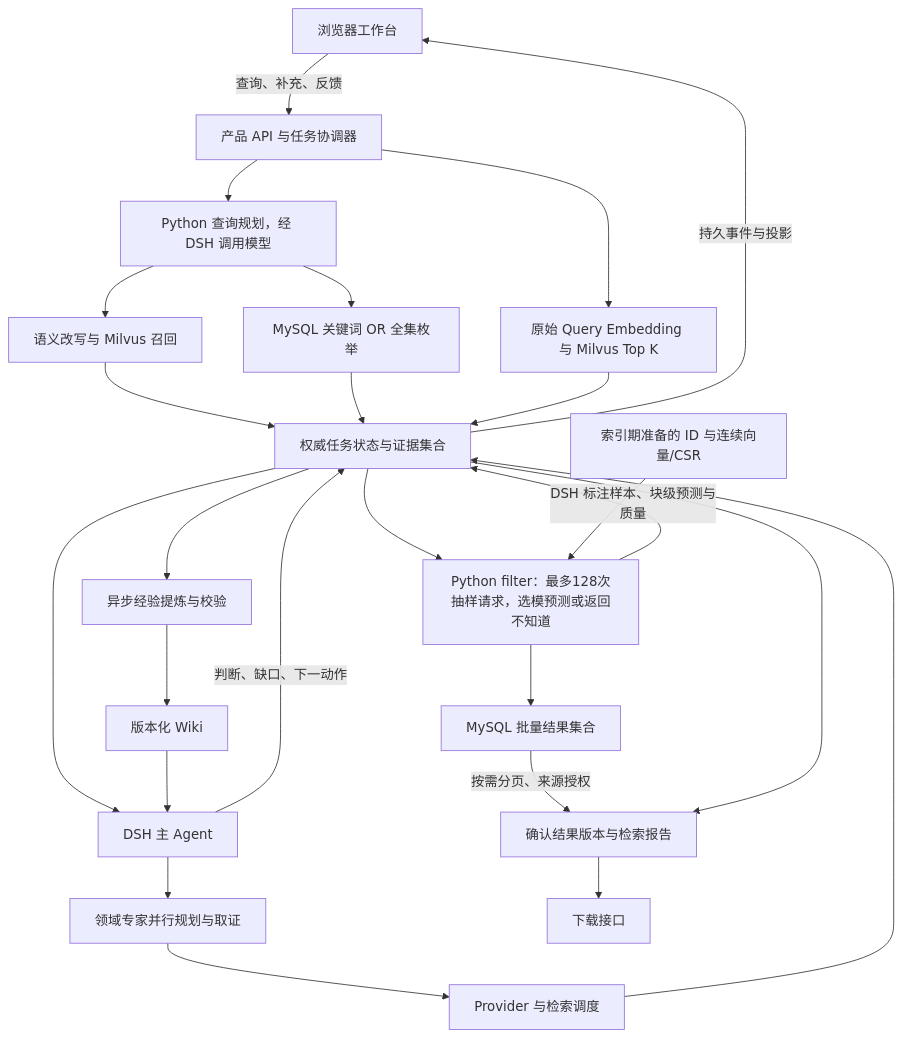
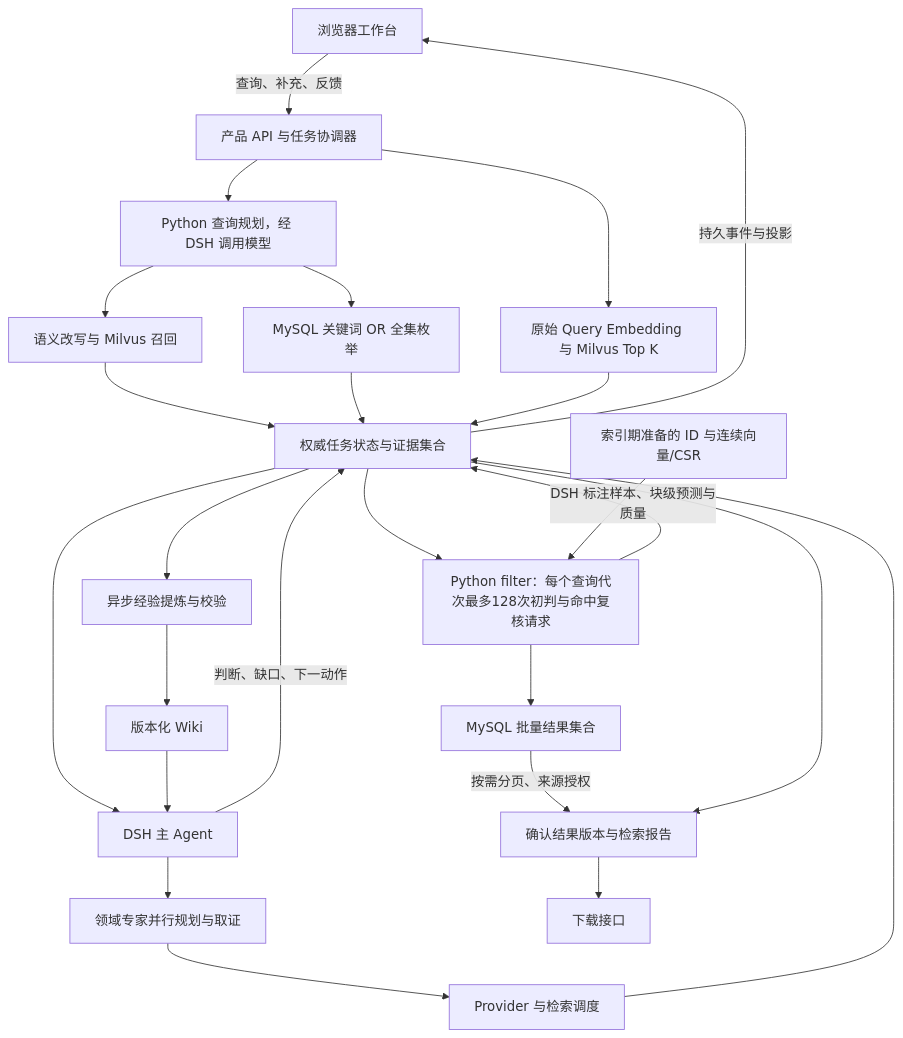
One commit to Merak-Wang/CaseWeave changed the diagram in docs/ARCHITECTURE.md. Above: the diagram before and after it, drawn with Mermaid. The commit also changed other lines of this file and 8 other files, not shown here.

````diff
--- a/docs/ARCHITECTURE.md
+++ b/docs/ARCHITECTURE.md
@@ -13,27 +13,27 @@
 ```mermaid
 flowchart TD
   U[浏览器工作台] -->|查询、补充、反馈| API[产品 API 与任务协调器]
   API --> Q[Python 查询规划，经 DSH 调用模型]
   API --> V[原始 Query Embedding 与 Milvus Top K]
   Q --> K[MySQL 关键词 OR 全集枚举]
   Q --> V2[语义改写与 Milvus 召回]
   V2 --> S
-  S --> O[Python filter：最多128次抽样请求，选模预测或返回不知道]
+  S --> O[Python filter：每个查询代次最多128次初判与命中复核请求]
   F[索引期准备的 ID 与连续向量/CSR] --> O
   O -->|DSH 标注样本、块级预测与质量| S
   O --> M[MySQL 批量结果集合]
   M -->|按需分页、来源授权| R
   K --> S[权威任务状态与证据集合]
   V --> S
   S --> A[DSH 主 Agent]
   W[版本化 Wiki] --> A
   A --> E[领域专家并行规划与取证]
   E --> P[Provider 与检索调度]
   P --> S
   A -->|判断、缺口、下一动作| S
   S -->|持久事件与投影| U
   S --> R[确认结果版本与检索报告]
   R --> D[下载接口]
   S --> L[异步经验提炼与校验]
   L --> W
 ```
````
